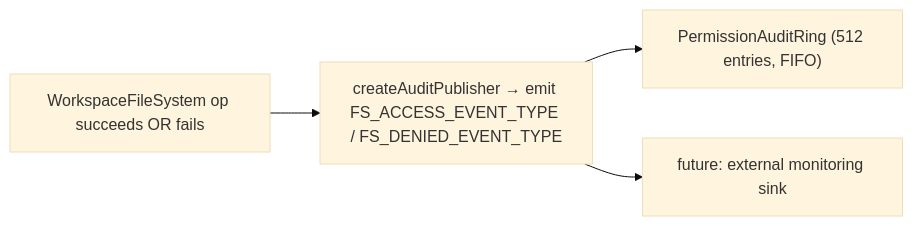
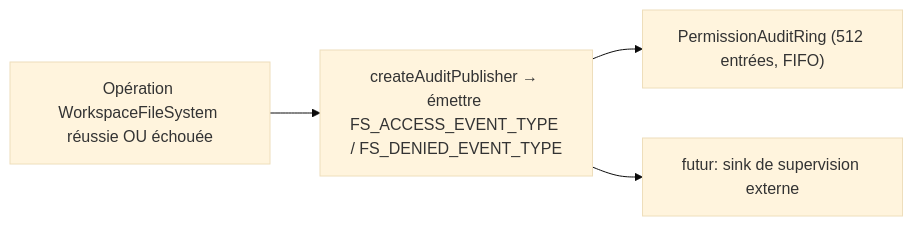
Before and after one commit to QwenLM/qwen-code-docs: the third of 3 diagrams in website/content/fr/developers/daemon/07-workspace-filesystem.md, drawn with Mermaid (base theme). The commit also changed other lines of this file and 1077 other files, not shown here.

````diff
--- a/website/content/fr/developers/daemon/07-workspace-filesystem.md
+++ b/website/content/fr/developers/daemon/07-workspace-filesystem.md
@@ -178,6 +180,6 @@
 ```mermaid
 flowchart LR
-    A["WorkspaceFileSystem op succeeds OR fails"] --> P["createAuditPublisher → emit FS_ACCESS_EVENT_TYPE / FS_DENIED_EVENT_TYPE"]
-    P --> AR["PermissionAuditRing (512 entries, FIFO)"]
-    P --> MON["future: external monitoring sink"]
+    A["Opération WorkspaceFileSystem réussie OU échouée"] --> P["createAuditPublisher → émettre FS_ACCESS_EVENT_TYPE / FS_DENIED_EVENT_TYPE"]
+    P --> AR["PermissionAuditRing (512 entrées, FIFO)"]
+    P --> MON["futur: sink de supervision externe"]
 ```
````
